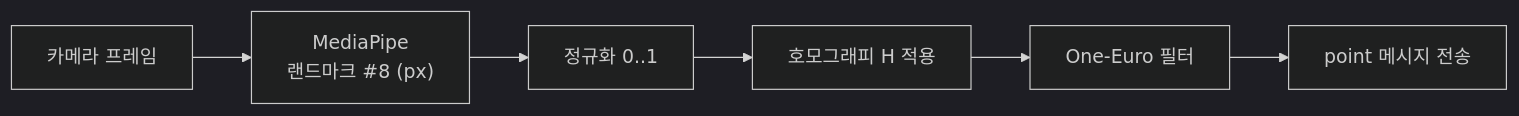
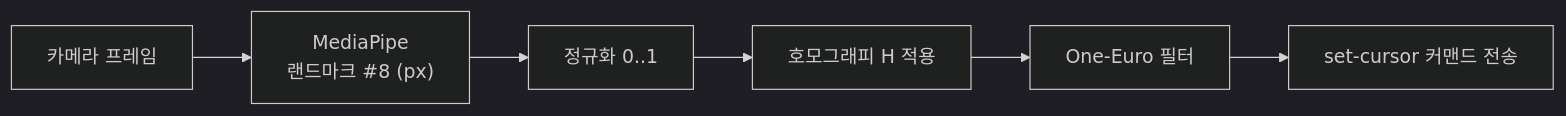
The diagram in docs/calibration.md (devcy0922/aircanvas-kids), drawn with Mermaid (dark theme) before and after one commit. The commit also changed other lines of this file and 31 other files, not shown here.

````diff
--- a/docs/calibration.md
+++ b/docs/calibration.md
@@ -44,8 +71,8 @@
 ```mermaid
 flowchart LR
     A["카메라 프레임"] --> B["MediaPipe\n랜드마크 #8 (px)"]
     B --> C["정규화 0..1"]
     C --> D["호모그래피 H 적용"]
     D --> E["One-Euro 필터"]
-    E --> F["point 메시지 전송"]
+    E --> F["set-cursor 커맨드 전송"]
 ```
````
